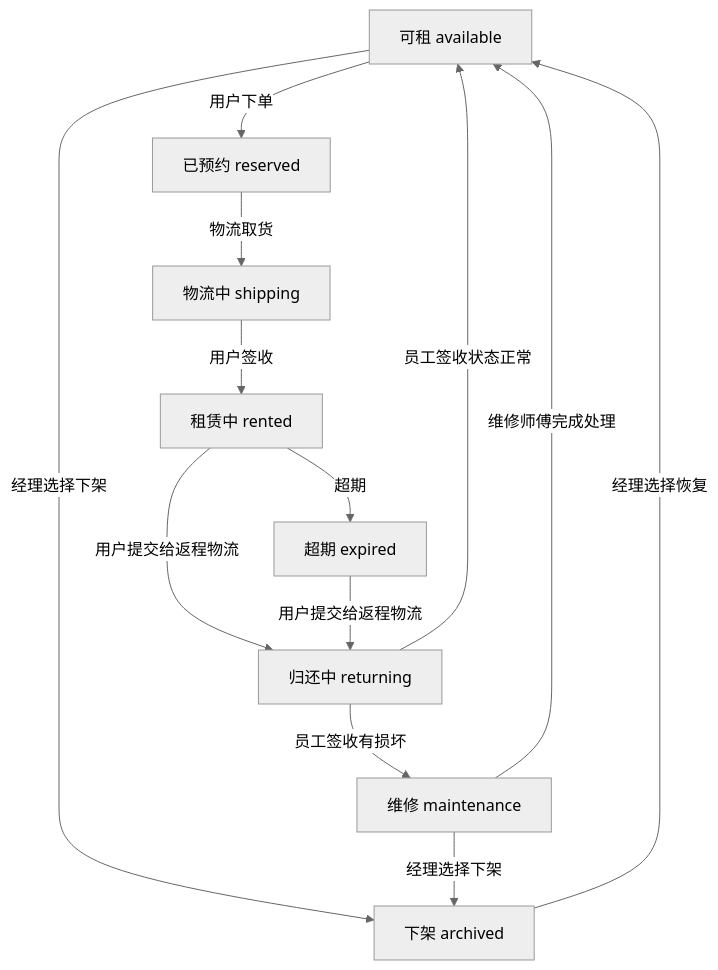
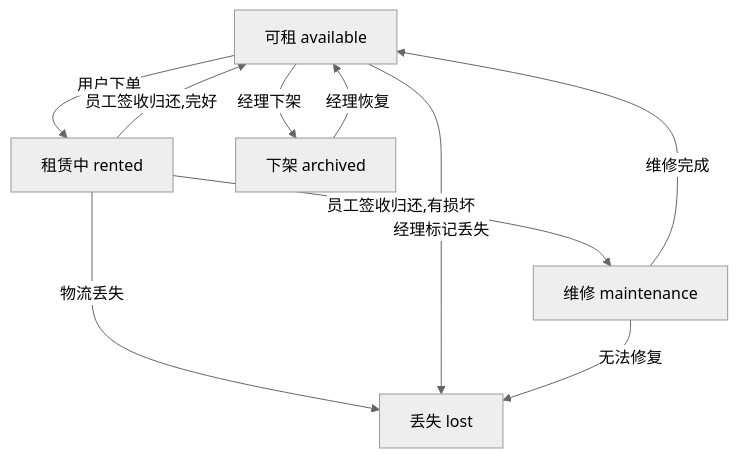
One commit to HiJohns/tuneloop changed the first of 2 diagrams in docs/cases.md. Above: the diagram before and after it, drawn with Mermaid (neutral theme). The commit also changed other lines of this file and 25 other files, not shown here.

````diff
--- a/docs/cases.md
+++ b/docs/cases.md
@@ -287,15 +289,12 @@
 ```mermaid
 flowchart TD
-  available[可租 available] -- 用户下单 --> reserved[已预约 reserved]
-  reserved -- 物流取货 --> shipping[物流中 shipping]
-  shipping -- 用户签收 --> rented[租赁中 rented]
-  rented -- 用户提交给返程物流 --> returning[归还中 returning]
-  returning -- 员工签收状态正常 --> available
-  returning -- 员工签收有损坏 --> maintenance[维修 maintenance]
-  maintenance -- 维修师傅完成处理 --> available
-  rented -- 超期 --> expired[超期 expired]
-  expired -- 用户提交给返程物流 --> returning
-  available -- 经理选择下架 --> archived[下架 archived]
-  maintenance -- 经理选择下架 --> archived
-  archived -- 经理选择恢复 --> available
+  available[可租 available] -- 用户下单 --> rented[租赁中 rented]
+  rented -- 员工签收归还,完好 --> available
+  rented -- 员工签收归还,有损坏 --> maintenance[维修 maintenance]
+  maintenance -- 维修完成 --> available
+  available -- 经理下架 --> archived[下架 archived]
+  archived -- 经理恢复 --> available
+  rented -- 物流丢失 --> lost[丢失 lost]
+  available -- 经理标记丢失 --> lost
+  maintenance -- 无法修复 --> lost
 ```
````
